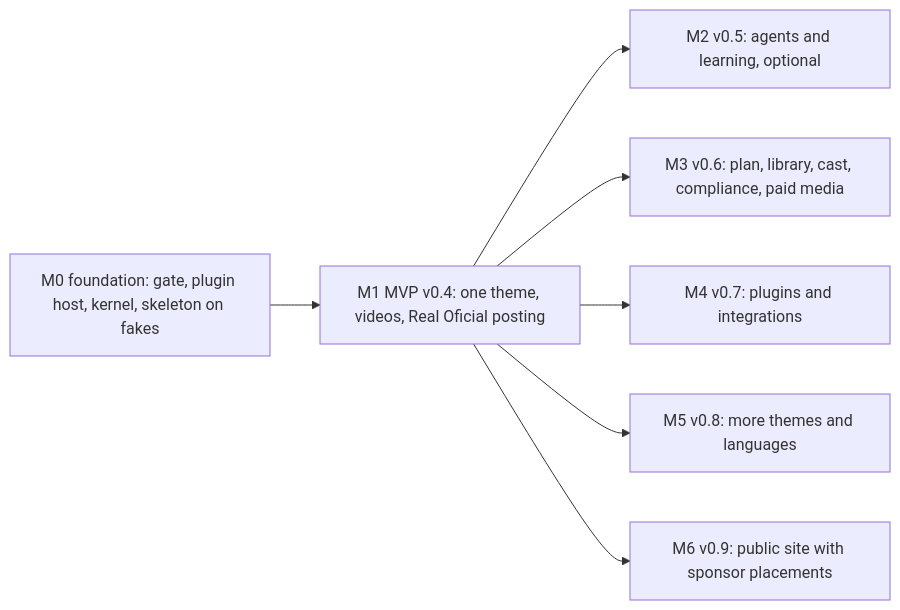
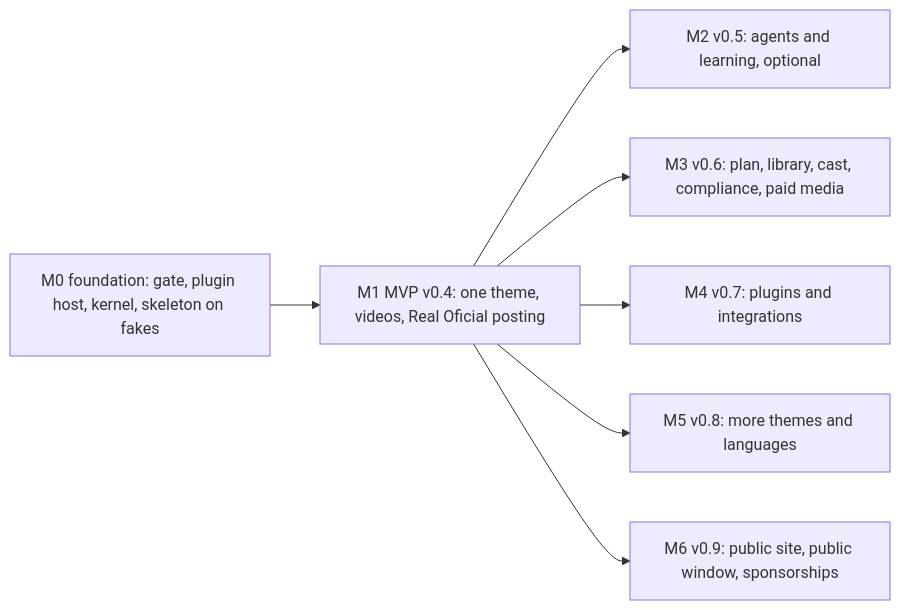
One commit to simpletibr/simplicio-videos changed the sixth of 6 diagrams in README.md. Above: the diagram before and after it, drawn with Mermaid. The commit also changed other lines of this file and 16 other files, not shown here.

````diff
--- a/README.md
+++ b/README.md
@@ -237,9 +237,9 @@
 ```mermaid
 flowchart LR
   M0["M0 foundation: gate, plugin host, kernel, skeleton on fakes"] --> M1["M1 MVP v0.4: one theme, videos, Real Oficial posting"]
   M1 --> M2["M2 v0.5: agents and learning, optional"]
   M1 --> M3["M3 v0.6: plan, library, cast, compliance, paid media"]
   M1 --> M4["M4 v0.7: plugins and integrations"]
   M1 --> M5["M5 v0.8: more themes and languages"]
-  M1 --> M6["M6 v0.9: public site with sponsor placements"]
+  M1 --> M6["M6 v0.9: public site, public window, sponsorships"]
 ```
````
